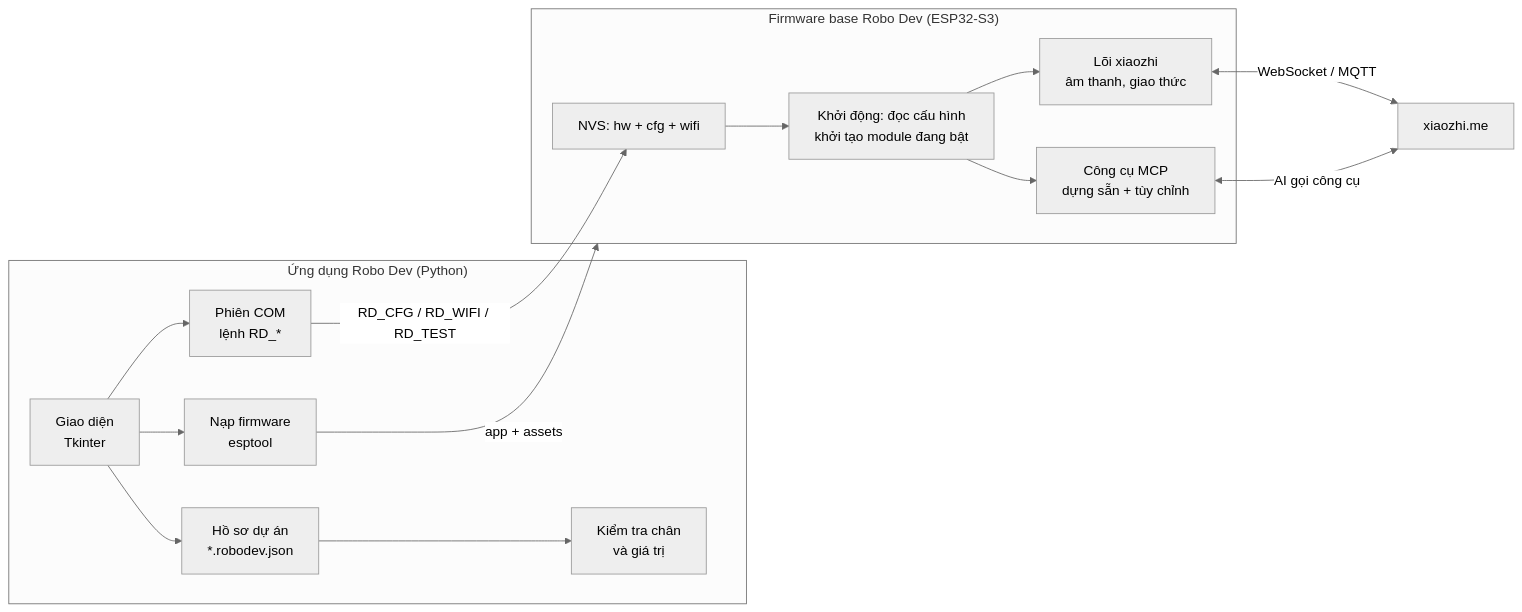
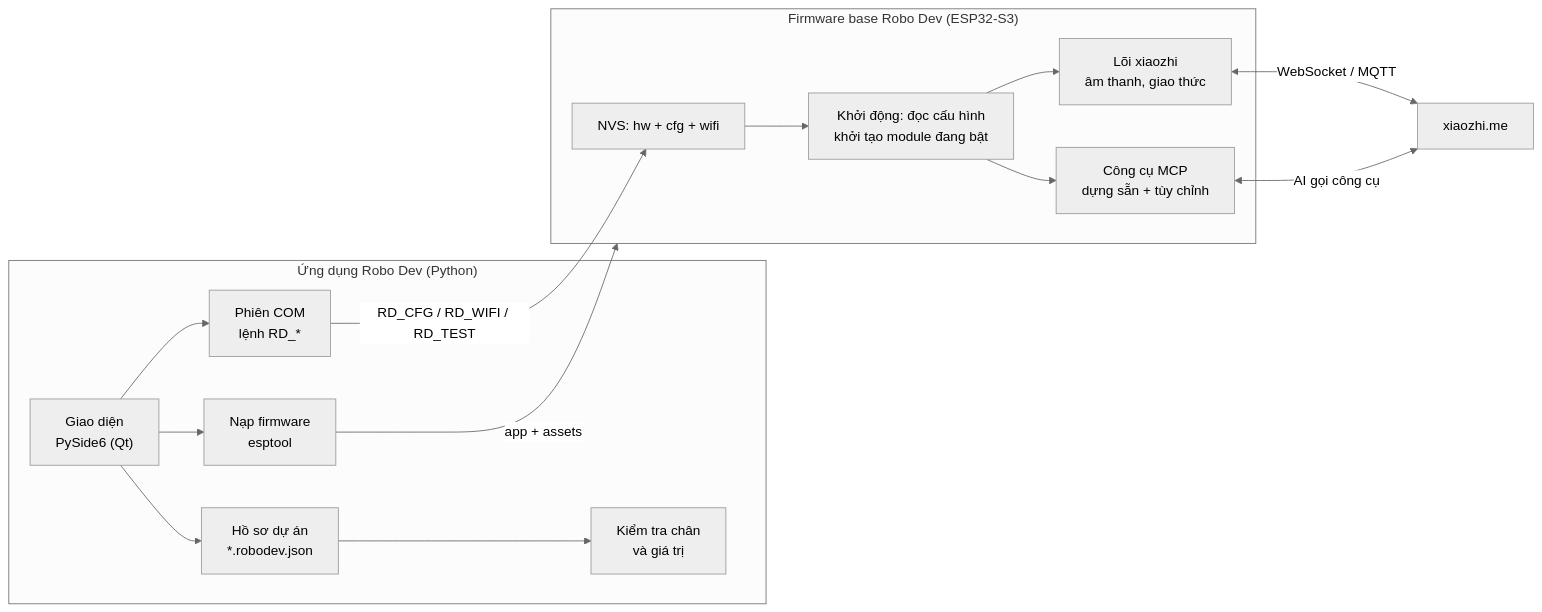
One commit to zenix-vn/Robo-Dev changed the diagram in document.md. Above: the diagram before and after it, drawn with Mermaid (neutral theme). The commit also changed other lines of this file and 45 other files, not shown here.

````diff
--- a/document.md
+++ b/document.md
@@ -53,18 +53,18 @@
 ```mermaid
 flowchart LR
   subgraph PC["Ứng dụng Robo Dev (Python)"]
-    UI["Giao diện<br/>Tkinter"] --> PRJ["Hồ sơ dự án<br/>*.robodev.json"]
+    UI["Giao diện<br/>PySide6 (Qt)"] --> PRJ["Hồ sơ dự án<br/>*.robodev.json"]
     PRJ --> VAL["Kiểm tra chân<br/>và giá trị"]
     UI --> FL["Nạp firmware<br/>esptool"]
     UI --> SER["Phiên COM<br/>lệnh RD_*"]
   end
   subgraph FW["Firmware base Robo Dev (ESP32-S3)"]
     NVS["NVS: hw + cfg + wifi"] --> BOOT["Khởi động: đọc cấu hình<br/>khởi tạo module đang bật"]
     BOOT --> MCP["Công cụ MCP<br/>dựng sẵn + tùy chỉnh"]
     BOOT --> XZ["Lõi xiaozhi<br/>âm thanh, giao thức"]
   end
   FL -- "app + assets" --> FW
   SER -- "RD_CFG / RD_WIFI / RD_TEST" --> NVS
   XZ <-- "WebSocket / MQTT" --> SRV["xiaozhi.me"]
   MCP <-- "AI gọi công cụ" --> SRV
 ```
````
